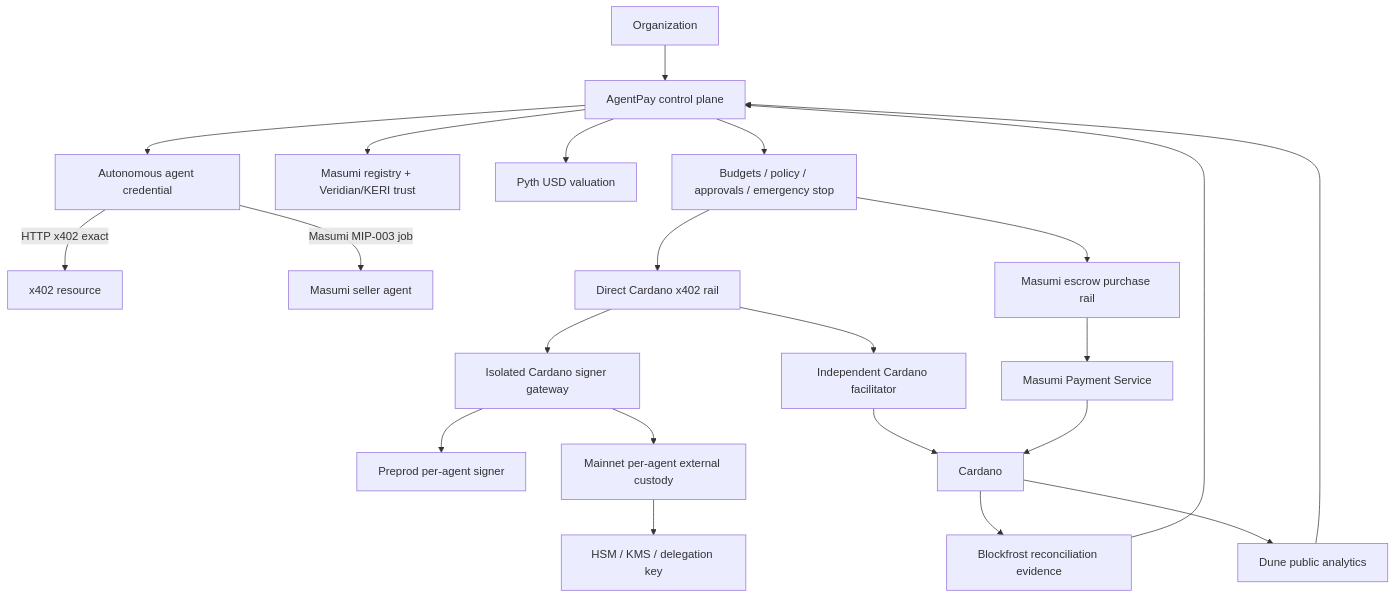
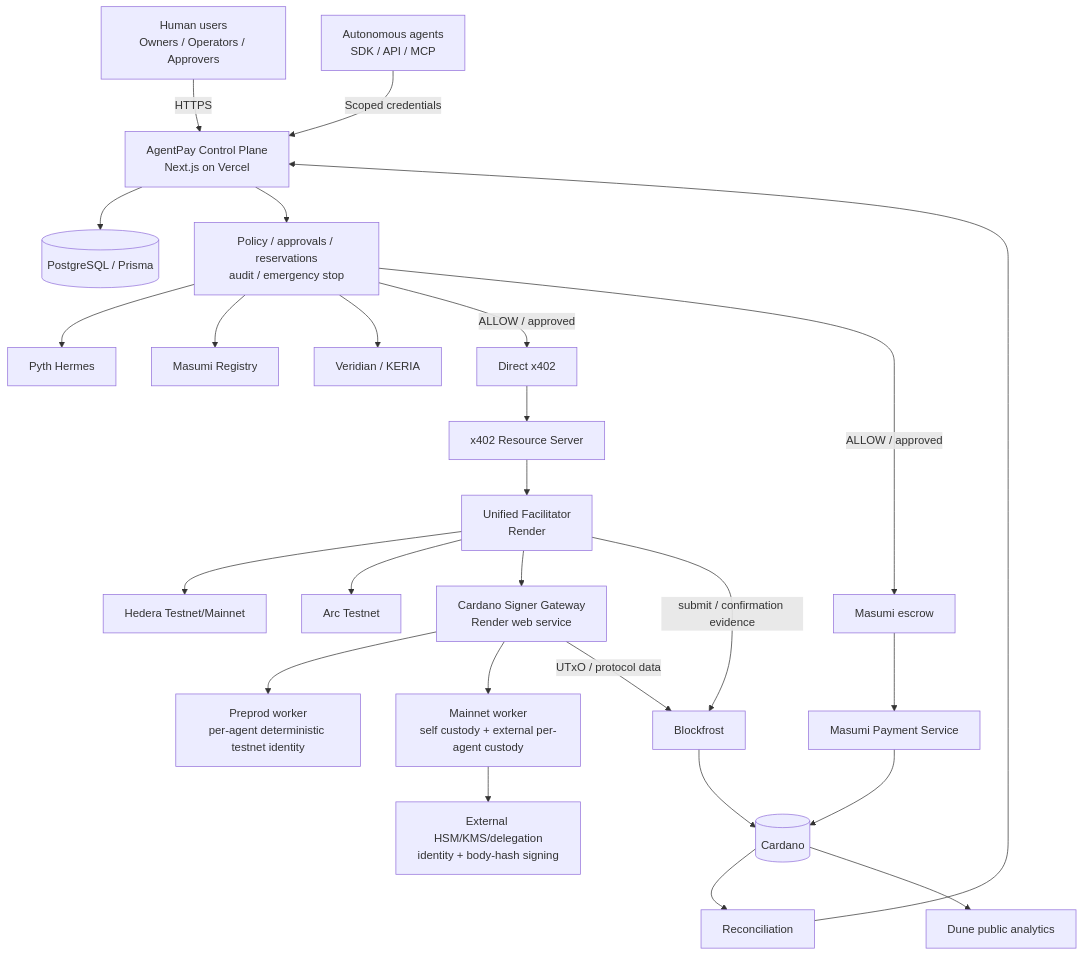
One commit to Daniel419797/agentpay-control changed the diagram in docs/catalyst/architecture.md. Above: the diagram before and after it, drawn with Mermaid. The commit also changed other lines of this file and 30 other files, not shown here.

First line of the commit message:
Synchronize AgentPay documentation with current implementation

````diff
--- a/docs/catalyst/architecture.md
+++ b/docs/catalyst/architecture.md
@@ -7,24 +16,35 @@
 ```mermaid
 flowchart TD
-  Org[Organization] --> AP[AgentPay control plane]
-  AP --> Policy[Budgets / policy / approvals / emergency stop]
-  AP --> Identity[Masumi registry + Veridian/KERI trust]
-  AP --> Oracle[Pyth USD valuation]
-  AP --> Agent[Autonomous agent credential]
-  Agent -->|HTTP x402 exact| Resource[x402 resource]
-  Agent -->|Masumi MIP-003 job| Seller[Masumi seller agent]
-  Policy --> Direct[Direct Cardano x402 rail]
-  Policy --> Escrow[Masumi escrow purchase rail]
-  Direct --> Signer[Isolated Cardano signer gateway]
-  Signer --> Preprod[Preprod per-agent signer]
-  Signer --> Mainnet[Mainnet per-agent external custody]
-  Mainnet --> HSM[HSM / KMS / delegation key]
-  Direct --> Facilitator[Independent Cardano facilitator]
-  Facilitator --> Cardano[Cardano]
+  Human[Human users\nOwners / Operators / Approvers] -->|HTTPS| CP[AgentPay Control Plane\nNext.js on Vercel]
+  Agent[Autonomous agents\nSDK / API / MCP] -->|Scoped credentials| CP
+
+  CP --> DB[(PostgreSQL / Prisma)]
+  CP --> Policy[Policy / approvals / reservations\naudit / emergency stop]
+  Policy --> Pyth[Pyth Hermes]
+  Policy --> Registry[Masumi Registry]
+  Policy --> KERIA[Veridian / KERIA]
+
+  Policy -->|ALLOW / approved| Direct[Direct x402]
+  Policy -->|ALLOW / approved| Escrow[Masumi escrow]
+
+  Direct --> Resource[x402 Resource Server]
   Escrow --> MasumiPay[Masumi Payment Service]
-  MasumiPay --> Cardano
-  Cardano --> Blockfrost[Blockfrost reconciliation evidence]
+
+  Resource --> Fac[Unified Facilitator\nRender]
+  MasumiPay --> Cardano[(Cardano)]
+
+  Fac --> Hedera[Hedera Testnet/Mainnet]
+  Fac --> Arc[Arc Testnet]
+  Fac --> Signer[Cardano Signer Gateway\nRender web service]
+
+  Signer --> Preprod[Preprod worker\nper-agent deterministic testnet identity]
+  Signer --> Mainnet[Mainnet worker\nself custody + external per-agent custody]
+  Mainnet --> Custody[External HSM/KMS/delegation\nidentity + body-hash signing]
+
+  Signer -->|UTxO / protocol data| Blockfrost[Blockfrost]
+  Fac -->|submit / confirmation evidence| Blockfrost
+  Blockfrost --> Cardano
+  Cardano --> Recon[Reconciliation]
   Cardano --> Dune[Dune public analytics]
-  Blockfrost --> AP
-  Dune --> AP
+  Recon --> CP
 ```
````
